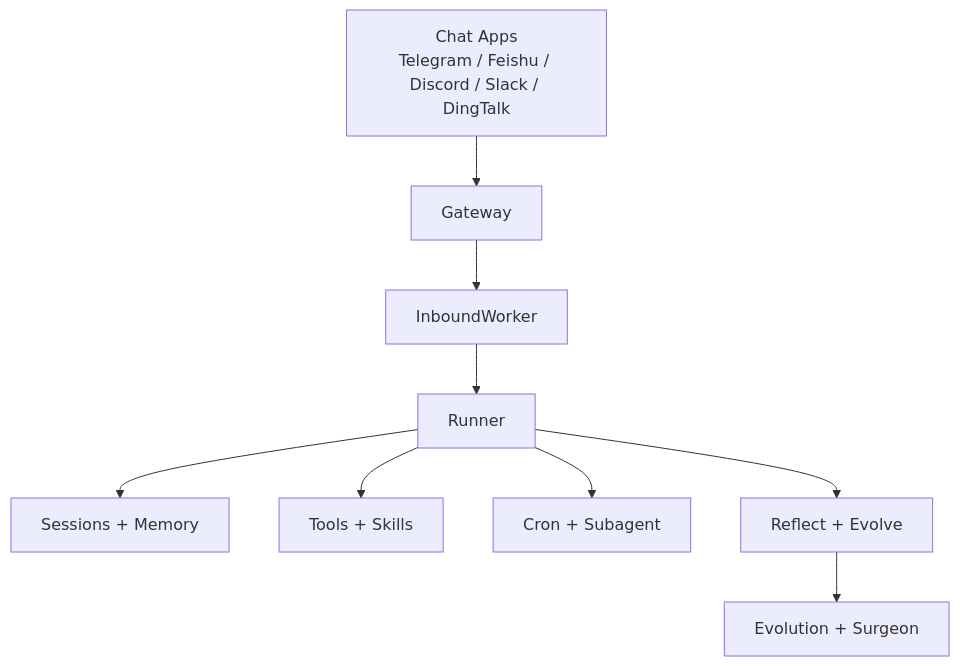
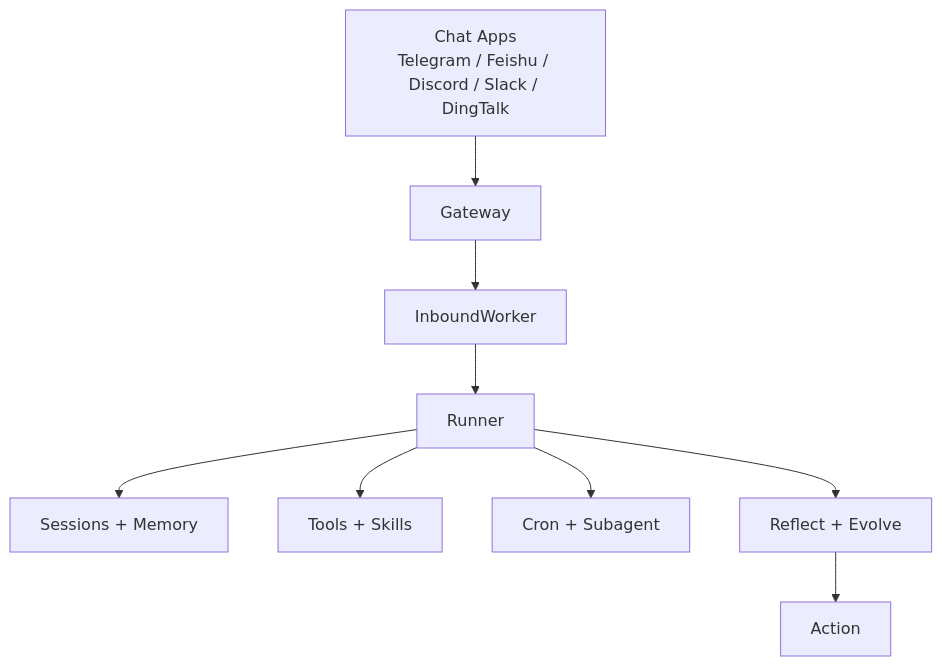
One commit to gofenix/nex-agent changed the first of 3 diagrams in README.md. Above: the diagram before and after it, drawn with Mermaid. The commit also changed other lines of this file and 17 other files, not shown here.

````diff
--- a/README.md
+++ b/README.md
@@ -25,11 +25,11 @@
 ```mermaid
 flowchart TD
     A["Chat Apps<br/>Telegram / Feishu / Discord / Slack / DingTalk"] --> B["Gateway"]
     B --> C["InboundWorker"]
     C --> D["Runner"]
     D --> E["Sessions + Memory"]
     D --> F["Tools + Skills"]
     D --> G["Cron + Subagent"]
     D --> H["Reflect + Evolve"]
-    H --> I["Evolution + Surgeon"]
+    H --> I["Action"]
 ```
````
